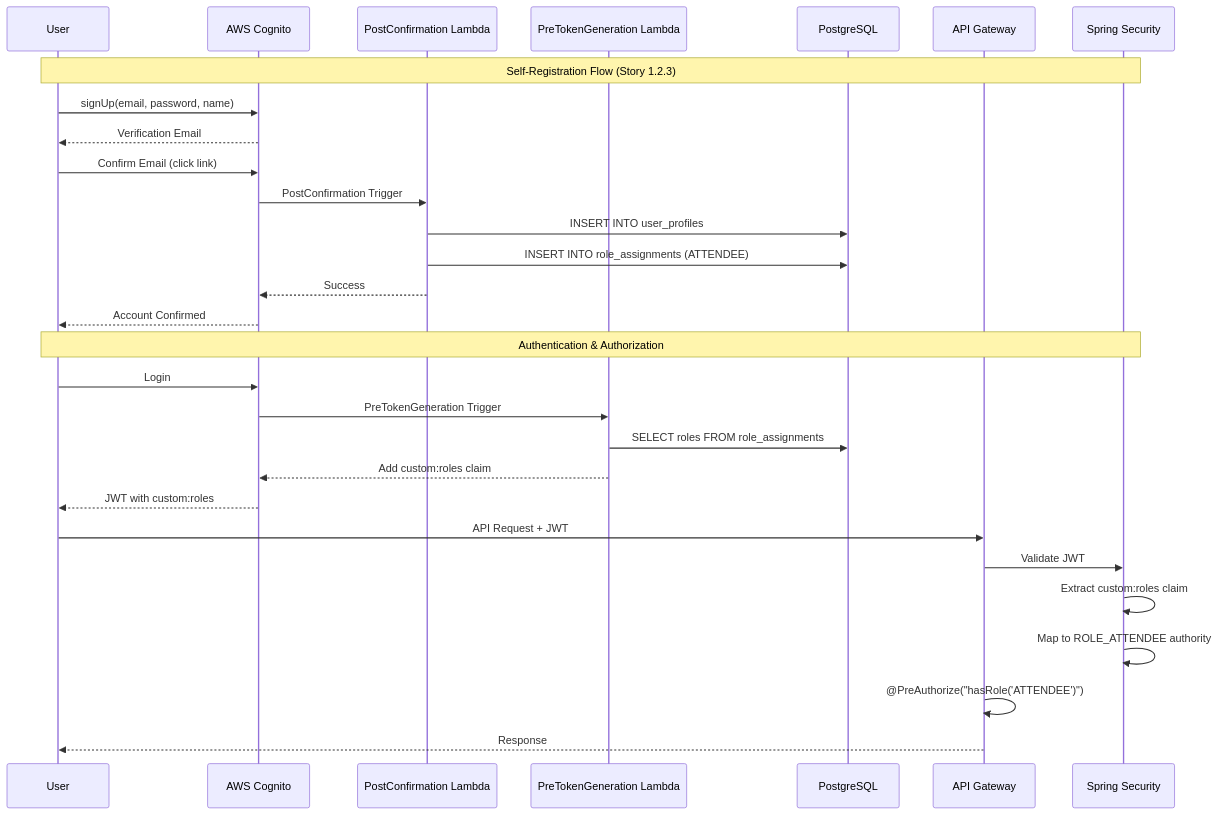
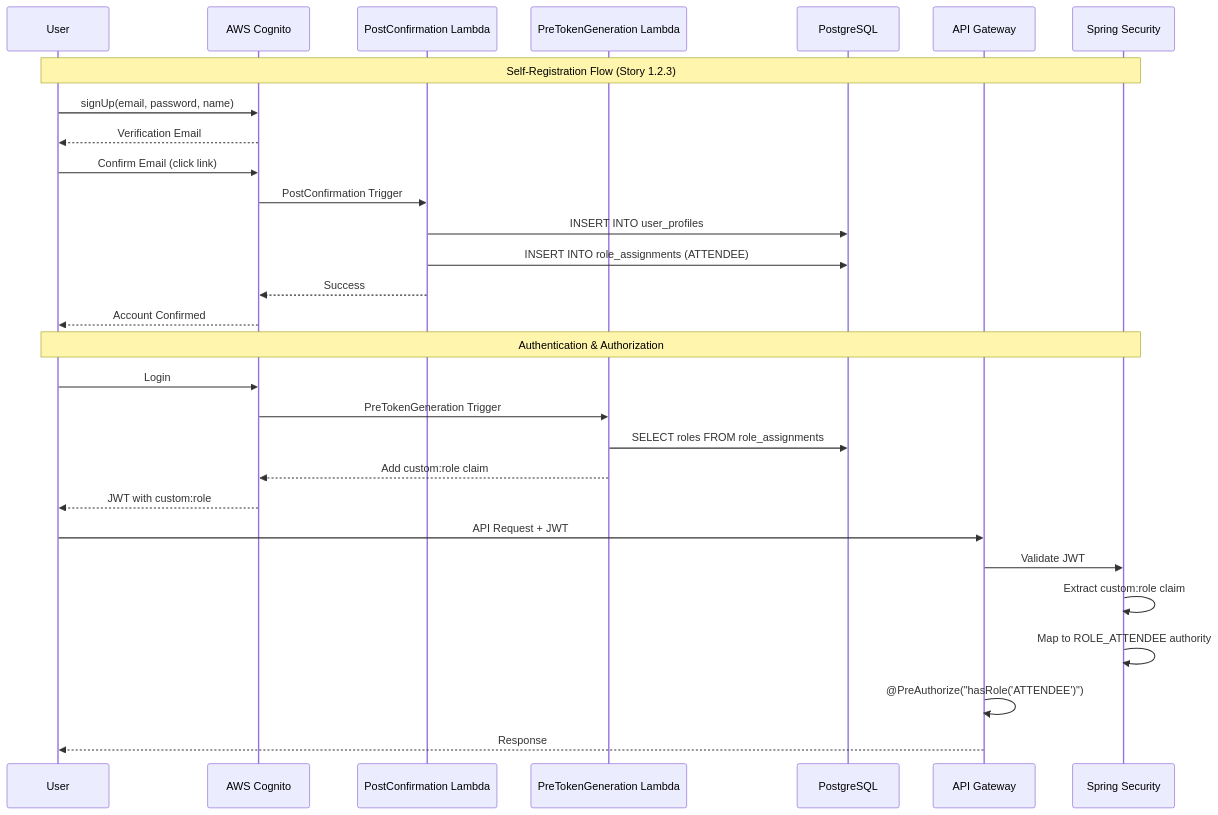
One commit to nissimbuchs/BATbern2 changed the diagram in docs/architecture/06b-user-lifecycle-sync.md. Above: the diagram before and after it, drawn with Mermaid. The commit also changed other lines of this file and 26 other files, not shown here.

First line of the commit message:
fix(auth): fix local development startup and standardize on custom:role attribute

````diff
--- a/docs/architecture/06b-user-lifecycle-sync.md
+++ b/docs/architecture/06b-user-lifecycle-sync.md
@@ -31,34 +31,34 @@
 ```mermaid
 sequenceDiagram
     participant U as User
     participant C as AWS Cognito
     participant PC as PostConfirmation Lambda
     participant PT as PreTokenGeneration Lambda
     participant DB as PostgreSQL
     participant API as API Gateway
     participant SS as Spring Security
 
     Note over U,SS: Self-Registration Flow (Story 1.2.3)
     U->>C: signUp(email, password, name)
     C-->>U: Verification Email
     U->>C: Confirm Email (click link)
     C->>PC: PostConfirmation Trigger
     PC->>DB: INSERT INTO user_profiles
     PC->>DB: INSERT INTO role_assignments (ATTENDEE)
     PC-->>C: Success
     C-->>U: Account Confirmed
 
     Note over U,SS: Authentication & Authorization
     U->>C: Login
     C->>PT: PreTokenGeneration Trigger
     PT->>DB: SELECT roles FROM role_assignments
-    PT-->>C: Add custom:roles claim
-    C-->>U: JWT with custom:roles
+    PT-->>C: Add custom:role claim
+    C-->>U: JWT with custom:role
 
     U->>API: API Request + JWT
     API->>SS: Validate JWT
-    SS->>SS: Extract custom:roles claim
+    SS->>SS: Extract custom:role claim
     SS->>SS: Map to ROLE_ATTENDEE authority
     API->>API: @PreAuthorize("hasRole('ATTENDEE')")
     API-->>U: Response
 ```
````
